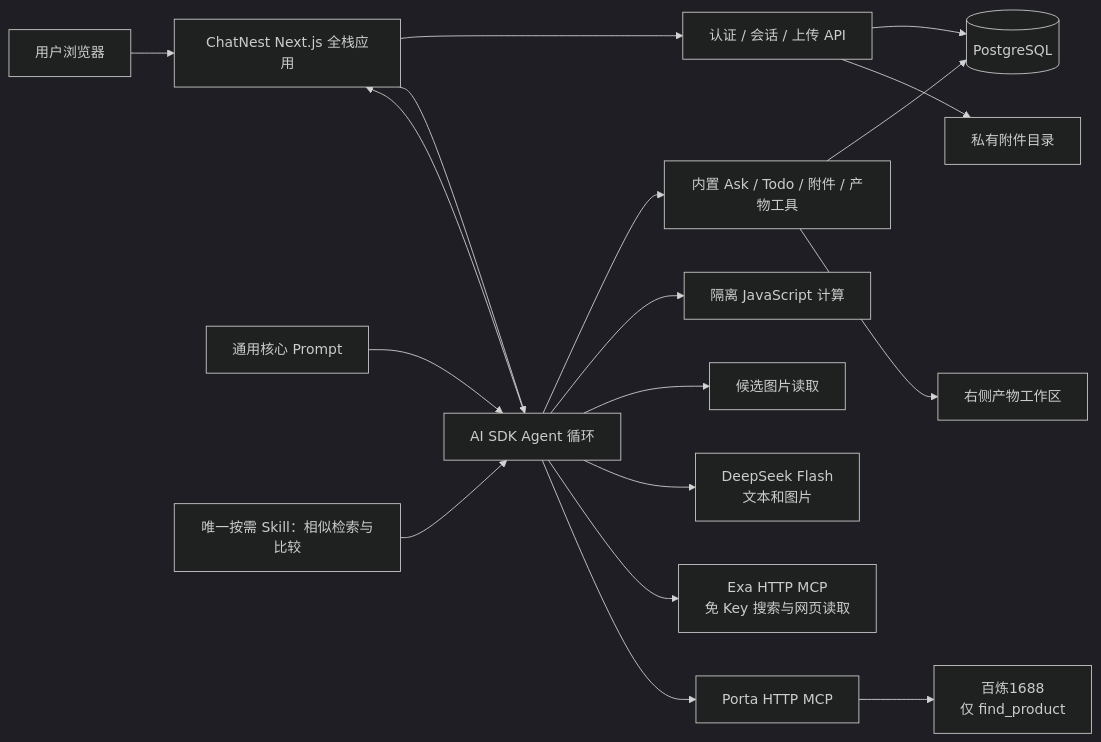
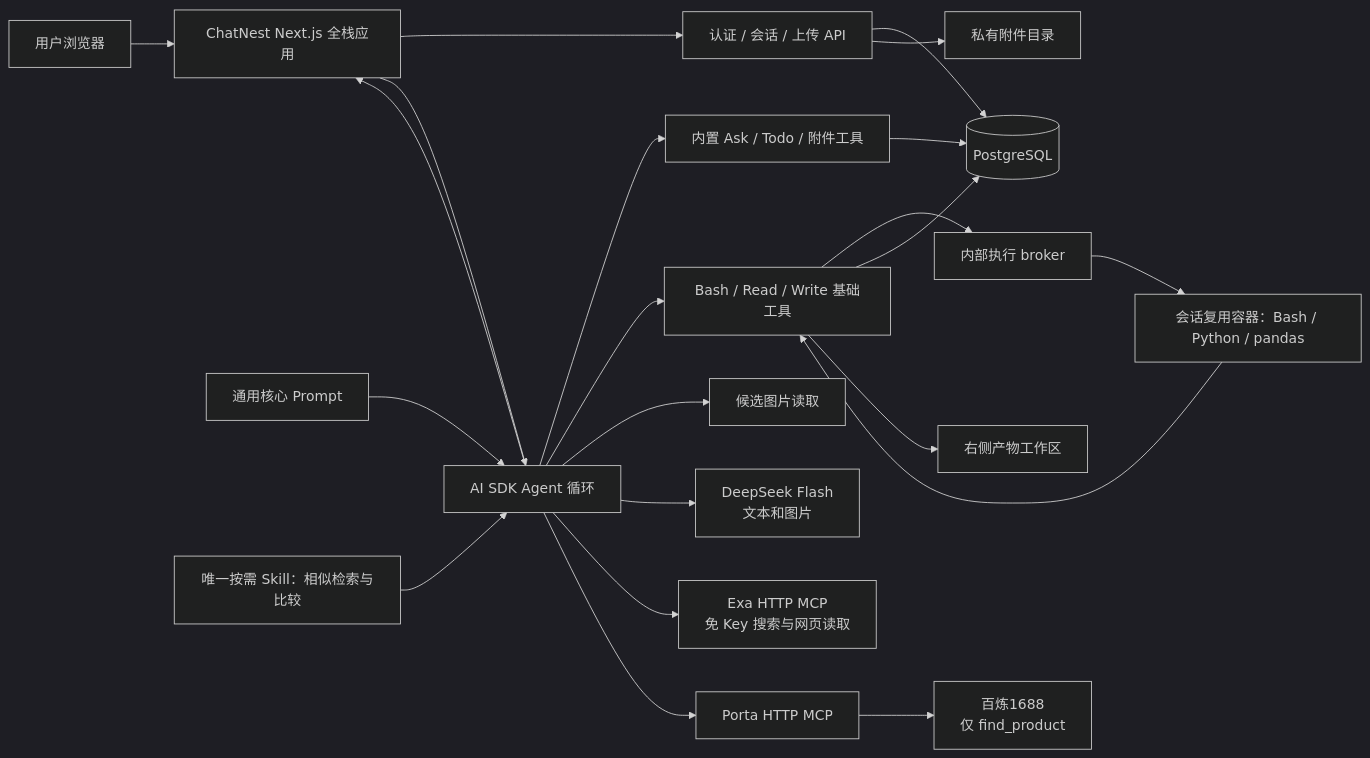
Before and after one commit to nodetime/chatnest: the diagram in docs/CODEBASE_MAP.md, drawn with Mermaid (dark theme). The commit also changed other lines of this file and 73 other files, not shown here.

````diff
--- a/docs/CODEBASE_MAP.md
+++ b/docs/CODEBASE_MAP.md
@@ -13,20 +13,25 @@
 ```mermaid
 flowchart LR
   U[用户浏览器] --> N[ChatNest Next.js 全栈应用]
   N --> A[认证 / 会话 / 上传 API]
   A --> D[(PostgreSQL)]
   A --> F[私有附件目录]
   N --> L[AI SDK Agent 循环]
   P[通用核心 Prompt] --> L
   S[唯一按需 Skill：相似检索与比较] --> L
-  L --> Q[内置 Ask / Todo / 附件 / 产物工具]
-  L --> J[隔离 JavaScript 计算]
+  L --> Q[内置 Ask / Todo / 附件工具]
+  L --> J[Bash / Read / Write 基础工具]
+  J --> K[内部执行 broker]
+  K --> T[会话复用容器：Bash / Python / pandas]
+  T --> J
+  J --> D
+  J --> W[右侧产物工作区]
   L --> I[候选图片读取]
   Q --> D
-  Q --> W[右侧产物工作区]
+
   L --> M["DeepSeek Flash<br/>文本和图片"]
   L --> X["Exa HTTP MCP<br/>免 Key 搜索与网页读取"]
   L --> R["Porta HTTP MCP"]
   R --> B["百炼1688<br/>仅 find_product"]
   L --> N
 ```
````
